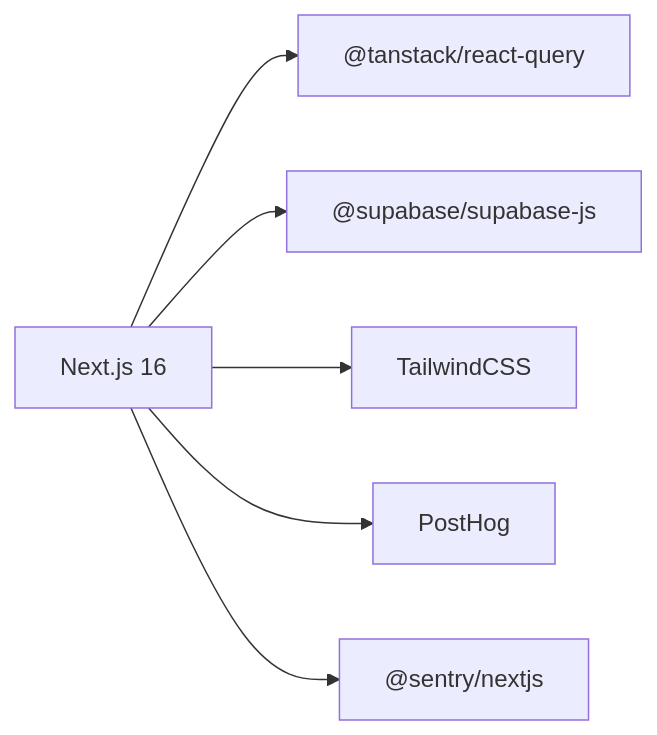
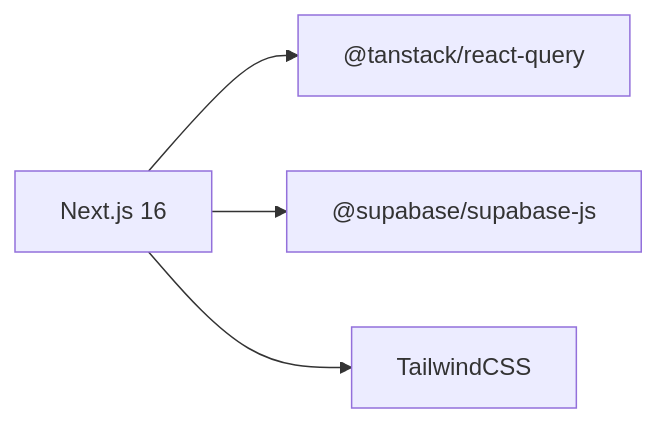
Before and after one commit to rohitkumarnaidu/ScholarFormAI: the tenth of 10 diagrams in .docs/content/Frontend Development/Frontend Development.md, drawn with Mermaid. The commit also changed other lines of this file and 9 other files, not shown here.

````diff
--- a/.docs/content/Frontend Development/Frontend Development.md
+++ b/.docs/content/Frontend Development/Frontend Development.md
@@ -339,14 +339,10 @@
 ```mermaid
 graph LR
 N["Next.js 16"]
 RQ["@tanstack/react-query"]
 SB["@supabase/supabase-js"]
 TW["TailwindCSS"]
-PH["PostHog"]
-SE["@sentry/nextjs"]
 N --> RQ
 N --> SB
 N --> TW
-N --> PH
-N --> SE
 ```
````
